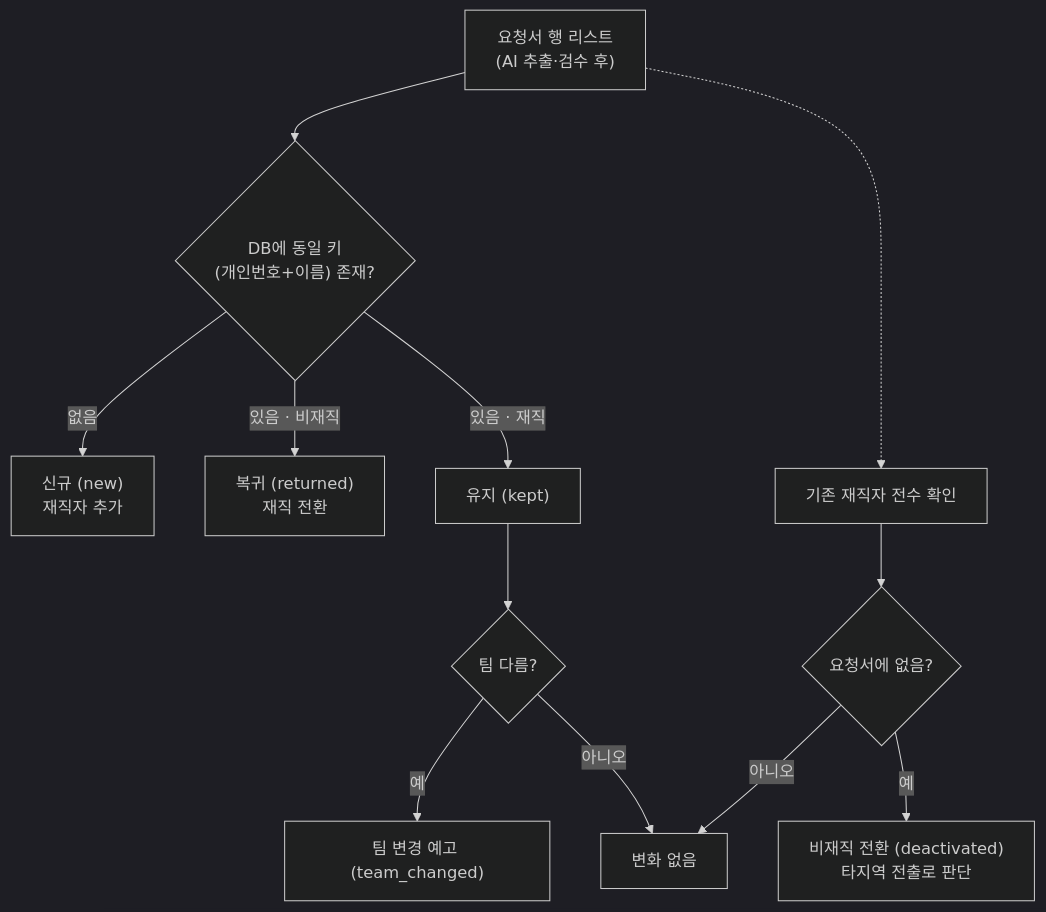
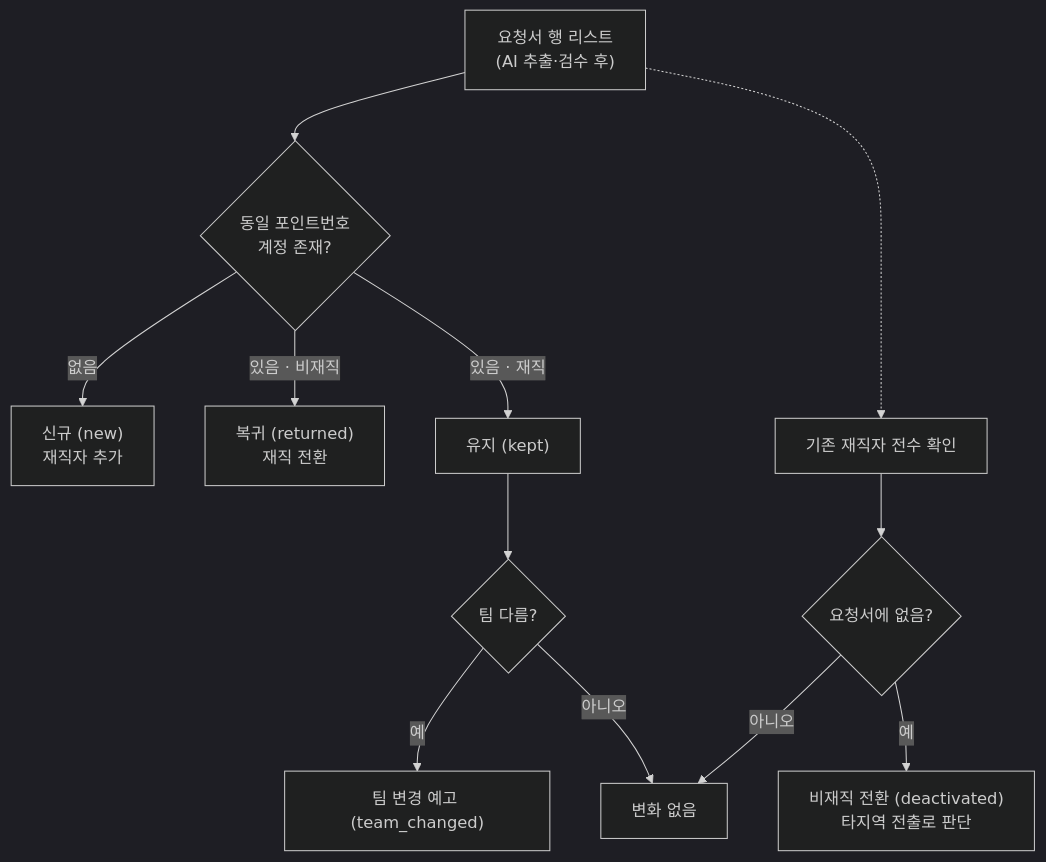
Before and after one commit to jihoon22-lee/PointBook: the third of 9 diagrams in docs/architecture.md, drawn with Mermaid (dark theme). The commit also changed other lines of this file and 53 other files, not shown here.

````diff
--- a/docs/architecture.md
+++ b/docs/architecture.md
@@ -137,14 +142,14 @@
 ```mermaid
 flowchart TD
-    A["요청서 행 리스트<br/>(AI 추출·검수 후)"] --> B{"DB에 동일 키<br/>(개인번호+이름) 존재?"}
+    A["요청서 행 리스트<br/>(AI 추출·검수 후)"] --> B{"동일 포인트번호<br/>계정 존재?"}
     B -- "없음" --> C["신규 (new)<br/>재직자 추가"]
     B -- "있음 · 비재직" --> D["복귀 (returned)<br/>재직 전환"]
     B -- "있음 · 재직" --> E["유지 (kept)"]
     E --> F{"팀 다름?"}
     F -- "예" --> G["팀 변경 예고 (team_changed)"]
     F -- "아니오" --> H["변화 없음"]
     A -.-> I["기존 재직자 전수 확인"]
     I --> J{"요청서에 없음?"}
     J -- "예" --> K["비재직 전환 (deactivated)<br/>타지역 전출로 판단"]
     J -- "아니오" --> H
 ```
````
